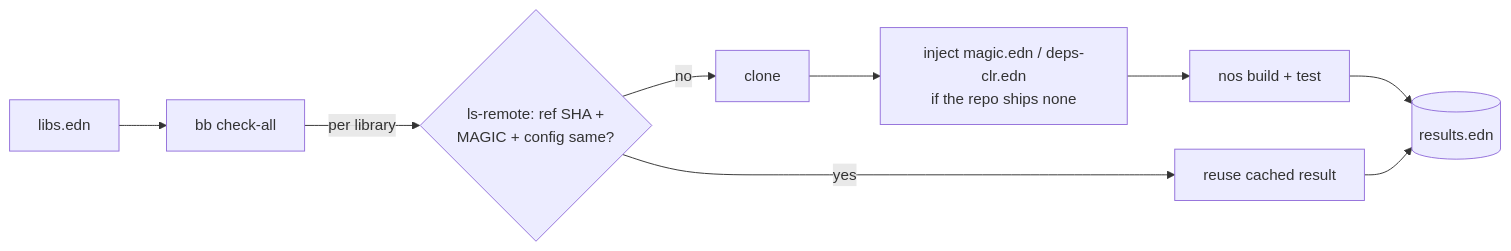
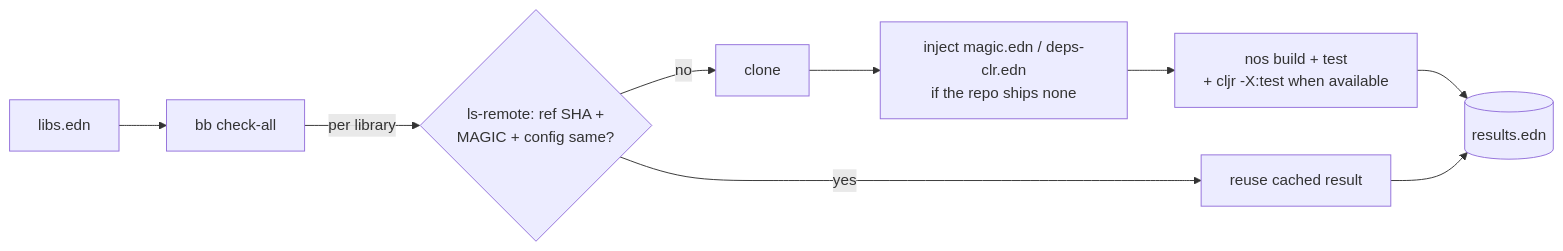
One commit to flybot-sg/magic-conformance changed the diagram in README.md. Above: the diagram before and after it, drawn with Mermaid. The commit also changed other lines of this file and 2 other files, not shown here.

Commit message:
feat: add ClojureCLR (cljr) test lane, bump ci-clj-clr to 2.7.0 (MAGIC v0.12.0)

````diff
--- a/README.md
+++ b/README.md
@@ -54,9 +62,9 @@
 ```mermaid
 flowchart LR
   L[libs.edn] --> R[bb check-all]
   R -->|per library| S{ls-remote: ref SHA +<br/>MAGIC + config same?}
   S -->|yes| K[reuse cached result]
-  S -->|no| A[clone] --> B[inject magic.edn / deps-clr.edn<br/>if the repo ships none] --> C[nos build + test]
+  S -->|no| A[clone] --> B[inject magic.edn / deps-clr.edn<br/>if the repo ships none] --> C[nos build + test<br/>+ cljr -X:test when available]
   C --> W[(results.edn)]
   K --> W
 ```
````
